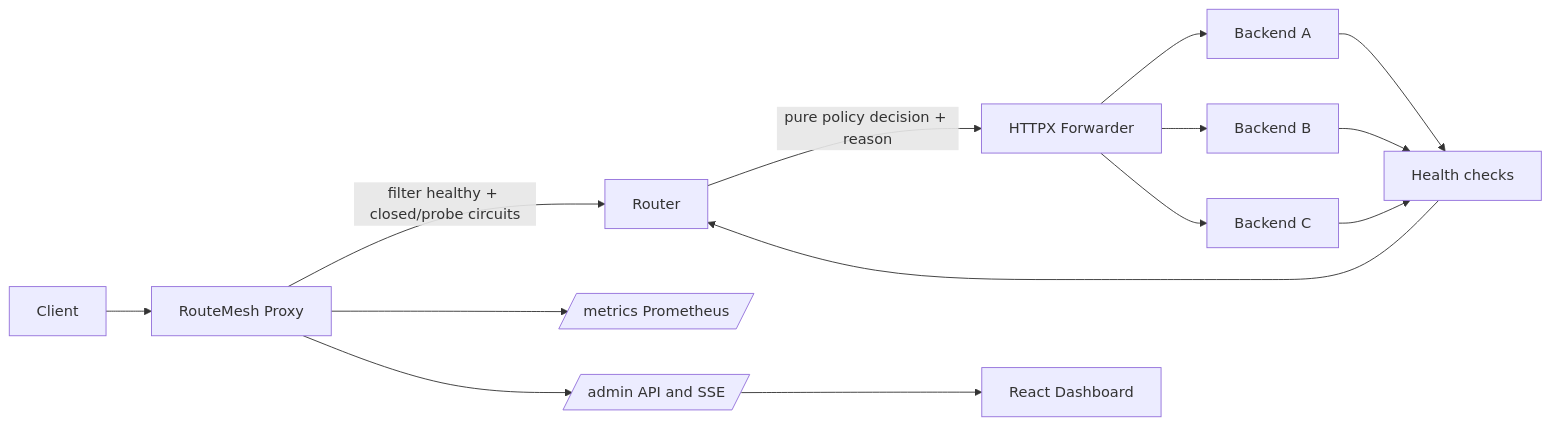
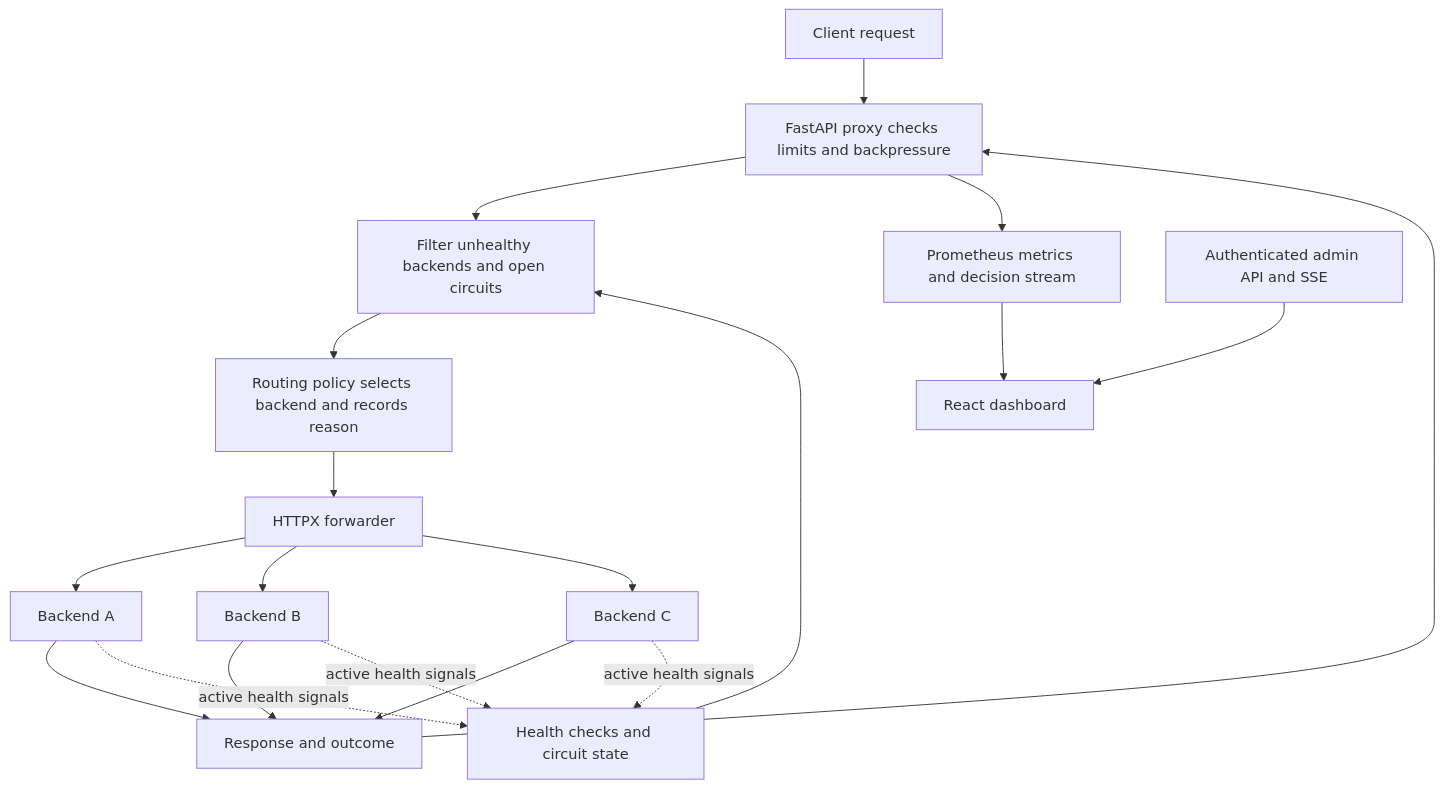
One commit to nihalmachhi/RouteMesh changed the diagram in README.md. Above: the diagram before and after it, drawn with Mermaid.

Commit message:
docs: expand README architecture diagram

````diff
--- a/README.md
+++ b/README.md
@@ -33,16 +33,21 @@
 ```mermaid
-flowchart LR
-    C[Client] --> P[RouteMesh Proxy]
-    P -->|filter healthy + closed/probe circuits| R[Router]
-    R -->|pure policy decision + reason| F[HTTPX Forwarder]
-    F --> A[Backend A]
-    F --> B[Backend B]
-    F --> D[Backend C]
-    A --> H[Health checks]
-    B --> H
-    D --> H
-    P --> M[/metrics Prometheus/]
-    P --> X[/admin API and SSE/]
-    X --> UI[React Dashboard]
-    H --> R
+flowchart TD
+  A[Client request] --> B[FastAPI proxy checks limits and backpressure]
+  B --> C[Filter unhealthy backends and open circuits]
+  C --> D[Routing policy selects backend and records reason]
+  D --> E[HTTPX forwarder]
+  E --> F[Backend A]
+  E --> G[Backend B]
+  E --> H[Backend C]
+  F --> I[Response and outcome]
+  G --> I
+  H --> I
+  I --> B
+  F -. active health signals .-> J[Health checks and circuit state]
+  G -. active health signals .-> J
+  H -. active health signals .-> J
+  J --> C
+  B --> K[Prometheus metrics and decision stream]
+  L[Authenticated admin API and SSE] --> M[React dashboard]
+  K --> M
 ```
````
